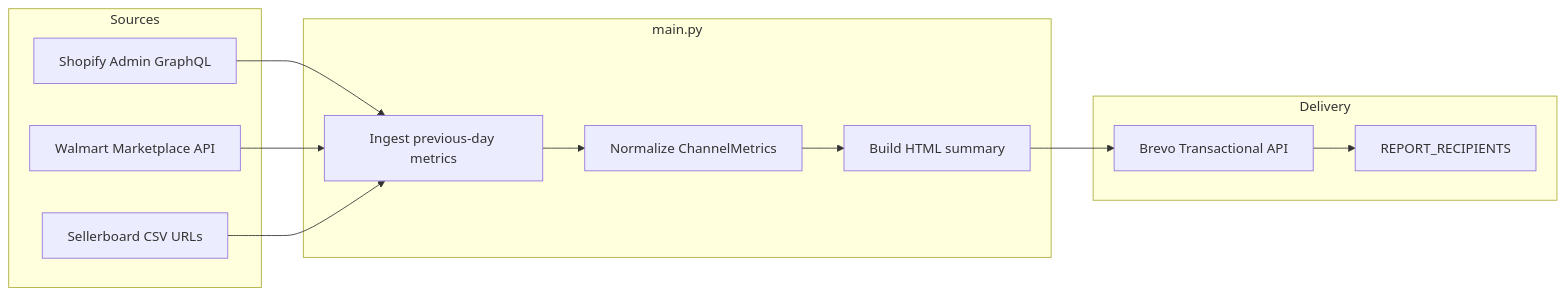
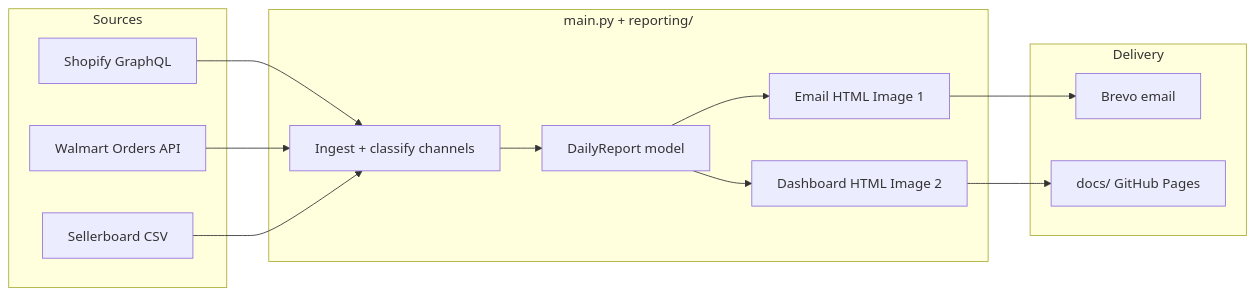
Before and after one commit to mg22mex/Daily-revenue-by-sales-platform: the diagram in README.md, drawn with Mermaid. The commit also changed other lines of this file and 13 other files, not shown here.

Commit message:
feat: implement matching HTML email report and GitHub Pages web dashboard

````diff
--- a/README.md
+++ b/README.md
@@ -26,24 +27,26 @@
 ```mermaid
 flowchart LR
   subgraph Sources
-    S[Shopify Admin GraphQL]
-    W[Walmart Marketplace API]
-    B[Sellerboard CSV URLs]
+    S[Shopify GraphQL]
+    W[Walmart Orders API]
+    B[Sellerboard CSV]
   end
 
-  subgraph Pipeline["main.py"]
-    I[Ingest previous-day metrics]
-    N[Normalize ChannelMetrics]
-    H[Build HTML summary]
+  subgraph Pipeline["main.py + reporting/"]
+    I[Ingest + classify channels]
+    M[DailyReport model]
+    E[Email HTML Image 1]
+    D[Dashboard HTML Image 2]
   end
 
   subgraph Delivery
-    E[Brevo Transactional API]
-    R[REPORT_RECIPIENTS]
+    Brevo[Brevo email]
+    Pages["docs/ GitHub Pages"]
   end
 
   S --> I
   W --> I
   B --> I
-  I --> N --> H --> E --> R
+  I --> M --> E --> Brevo
+  M --> D --> Pages
 ```
````
